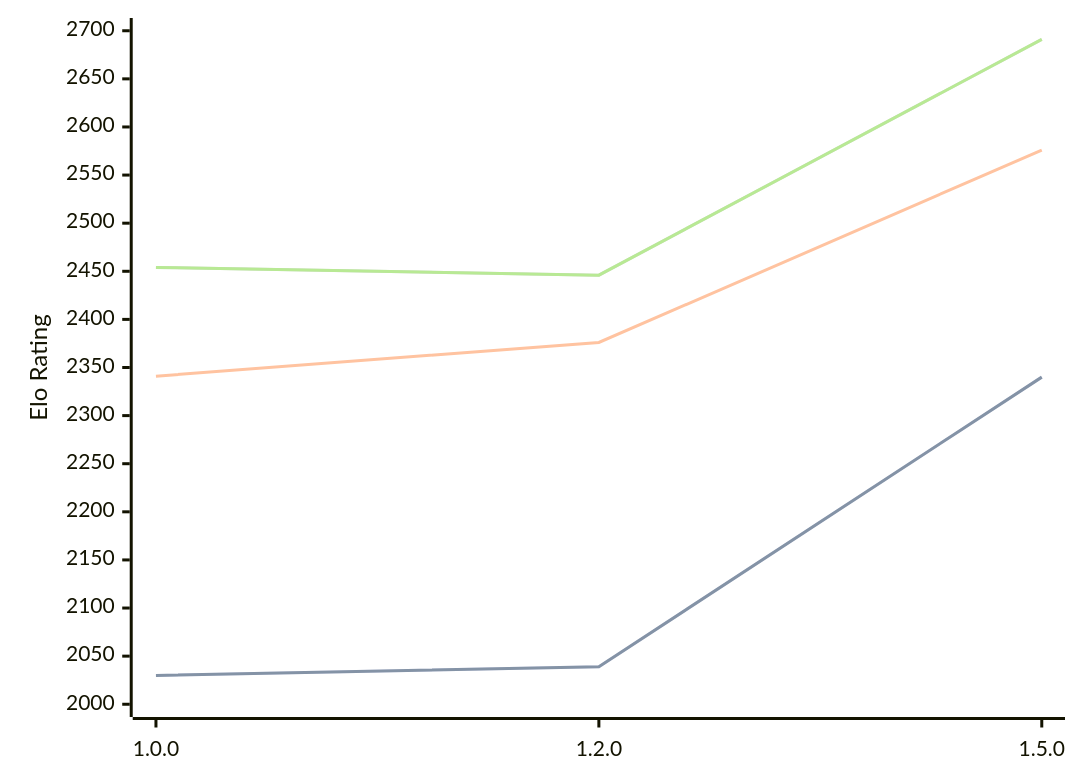
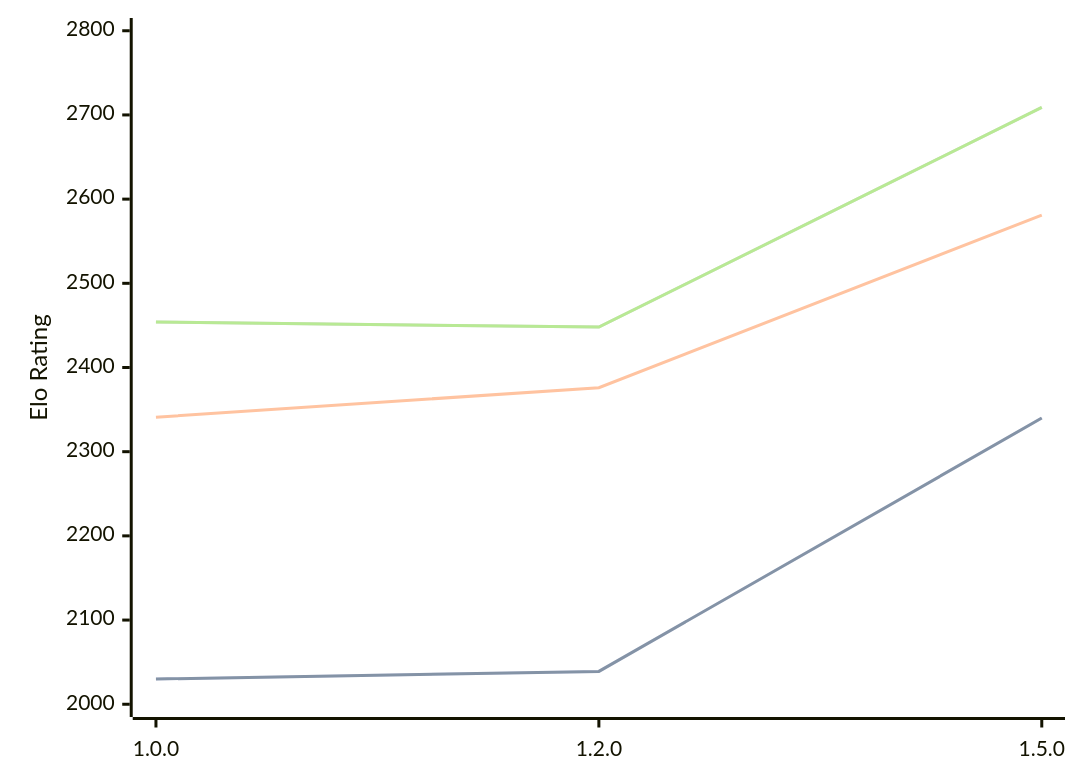
One commit to computer-chess-index/cci changed the first of 3 diagrams in engines/Basilisk.md. Above: the diagram before and after it, drawn with Mermaid. The commit also changed other lines of this file, not shown here.

Commit message:
Update CCI Ratings (ELO VLTC) - 2026-06-20

````diff
--- a/engines/Basilisk.md
+++ b/engines/Basilisk.md
@@ -48,11 +48,11 @@
 ```mermaid
 %%{init: {"theme":"base","themeVariables":{"seriesColors:['#a3a3a3','#222221','#faa371']}}}%%
 xychart-beta
   x-axis ["1.0.0", "1.2.0", "1.5.0"]
-  y-axis "Elo Rating" 2000 --> 2700
+  y-axis "Elo Rating" 2000 --> 2800
   line "STC (8.0+0.08s)" [2030, 2039, 2340]
   line "STC (8.0+0.08s)" [2030, 2039, 2340]
-  line "LTC (60.0+0.60s)" [2341, 2376, 2576]
-  line "VLTC (2m24s+1.12s)" [2454, 2446, 2691]
-  line "VLTC (2m24s+1.12s)" [2454, 2446, 2691]
+  line "LTC (60.0+0.60s)" [2341, 2376, 2581]
+  line "VLTC (2m24s+1.12s)" [2454, 2448, 2709]
+  line "VLTC (2m24s+1.12s)" [2454, 2448, 2709]
 ```
````
